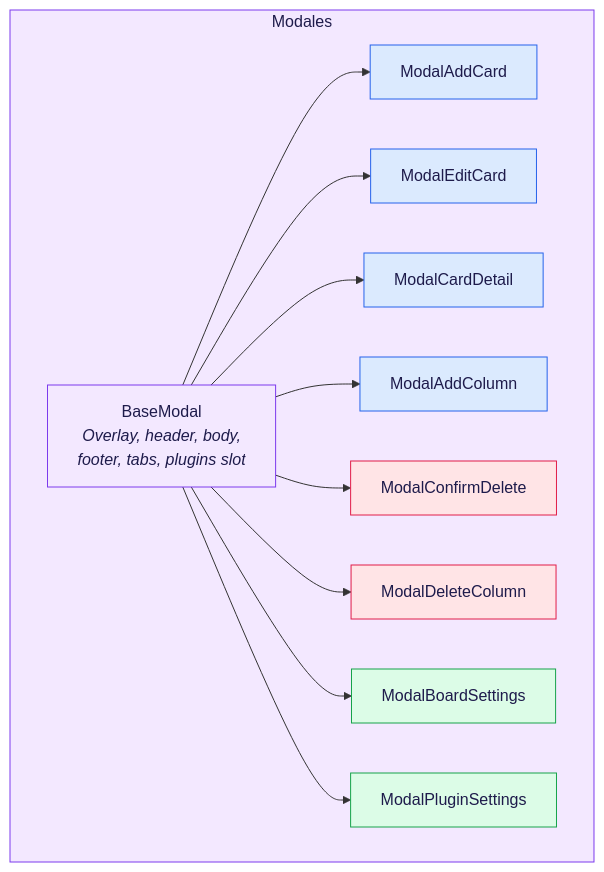
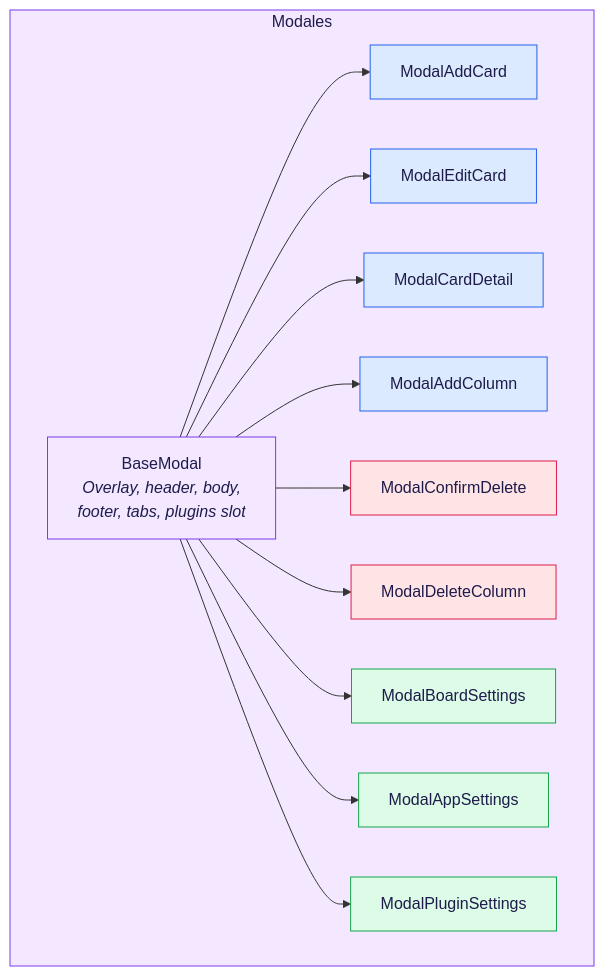
One commit to deljdlx/kanban changed the fourth of 8 diagrams in frontend/docs/VIEWS-UI.md. Above: the diagram before and after it, drawn with Mermaid. The commit also changed other lines of this file and 51 other files, not shown here.

````diff
--- a/frontend/docs/VIEWS-UI.md
+++ b/frontend/docs/VIEWS-UI.md
@@ -206,37 +248,40 @@
 ```mermaid
 %%{init: {'theme': 'default'}}%%
 graph TB
     subgraph Modals["Modales"]
         style Modals fill:#f3e8ff,stroke:#7c3aed,color:#1e1b4b
 
         BASE["BaseModal<br/><i>Overlay, header, body,<br/>footer, tabs, plugins slot</i>"]
 
         MAC["ModalAddCard"]
         MEC["ModalEditCard"]
         MCD["ModalCardDetail"]
         MACol["ModalAddColumn"]
         MDel["ModalConfirmDelete"]
         MDelCol["ModalDeleteColumn"]
         MBS["ModalBoardSettings"]
+        MAS["ModalAppSettings"]
         MPS["ModalPluginSettings"]
     end
 
     BASE --> MAC
     BASE --> MEC
     BASE --> MCD
     BASE --> MACol
     BASE --> MDel
     BASE --> MDelCol
     BASE --> MBS
+    BASE --> MAS
     BASE --> MPS
 
     style BASE fill:#f3e8ff,stroke:#7c3aed,color:#1e1b4b
     style MAC fill:#dbeafe,stroke:#2563eb,color:#1e1b4b
     style MEC fill:#dbeafe,stroke:#2563eb,color:#1e1b4b
     style MCD fill:#dbeafe,stroke:#2563eb,color:#1e1b4b
     style MACol fill:#dbeafe,stroke:#2563eb,color:#1e1b4b
     style MDel fill:#ffe4e6,stroke:#e11d48,color:#1e1b4b
     style MDelCol fill:#ffe4e6,stroke:#e11d48,color:#1e1b4b
     style MBS fill:#dcfce7,stroke:#16a34a,color:#1e1b4b
+    style MAS fill:#dcfce7,stroke:#16a34a,color:#1e1b4b
     style MPS fill:#dcfce7,stroke:#16a34a,color:#1e1b4b
 ```
````
